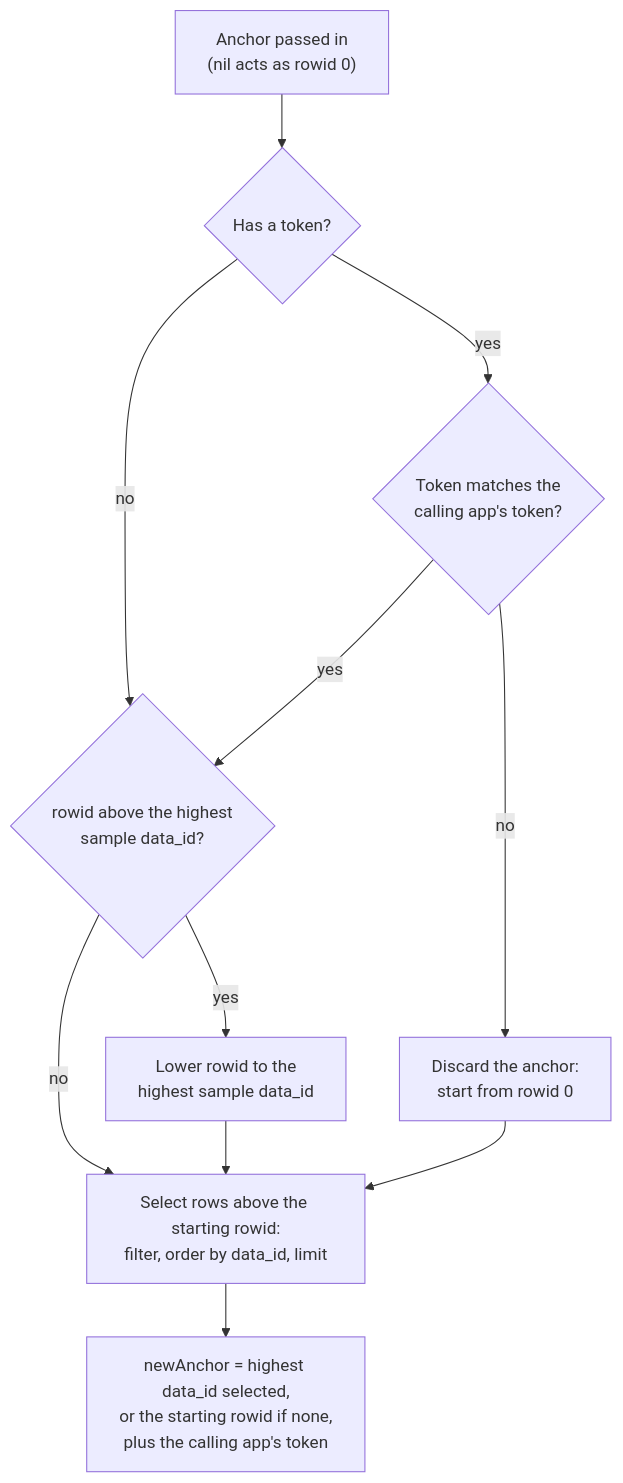
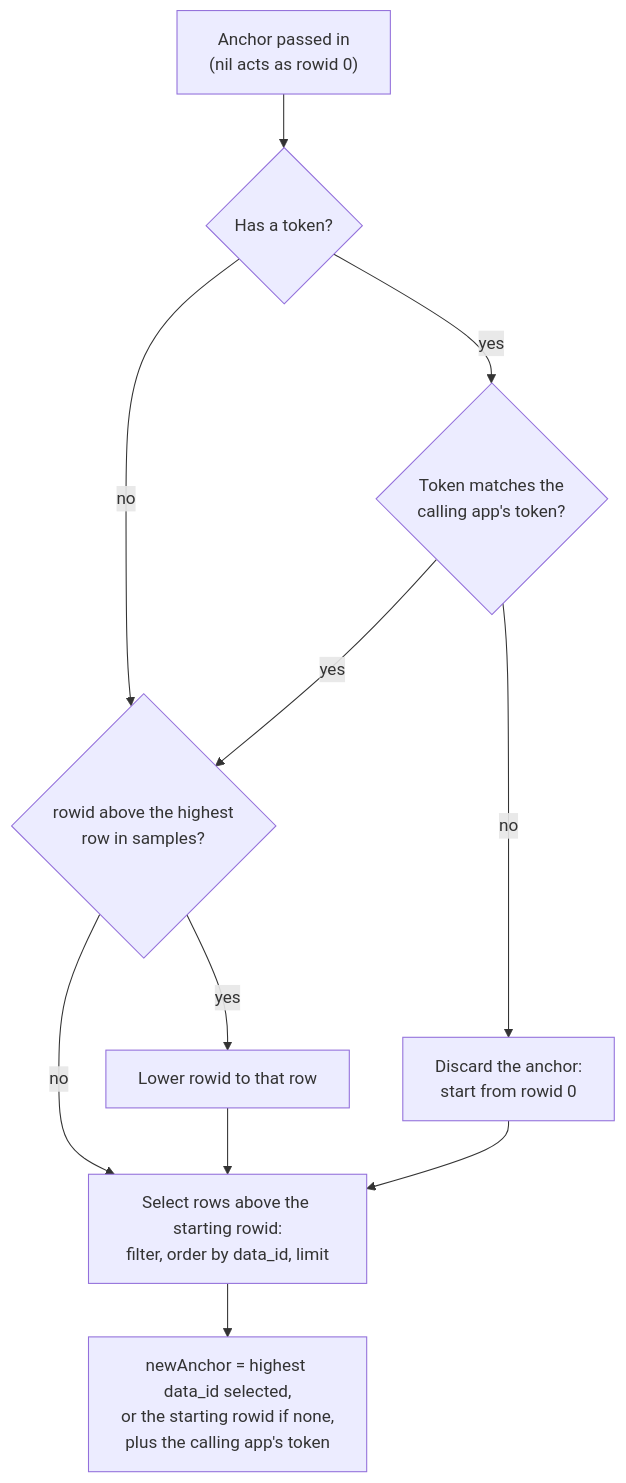
The second of 2 diagrams in skills/apple/healthkit-query-anchor/SKILL.md (itsramiel/Software-Engineering), drawn with Mermaid before and after one commit. The commit also changed other lines of this file, not shown here.

````diff
--- a/skills/apple/healthkit-query-anchor/SKILL.md
+++ b/skills/apple/healthkit-query-anchor/SKILL.md
@@ -334,13 +337,13 @@
 ```mermaid
 flowchart TD
     A["Anchor passed in<br/>(nil acts as rowid 0)"] --> B{"Has a token?"}
     B -- no --> D
     B -- yes --> C{"Token matches the<br/>calling app's token?"}
-    C -- yes --> D{"rowid above the highest<br/>sample data_id?"}
+    C -- yes --> D{"rowid above the highest<br/>row in samples?"}
     C -- no --> N["Discard the anchor:<br/>start from rowid 0"]
-    D -- yes --> E["Lower rowid to the<br/>highest sample data_id"]
+    D -- yes --> E["Lower rowid to that row"]
     D -- no --> F
     E --> F
     N --> F["Select rows above the starting rowid:<br/>filter, order by data_id, limit"]
     F --> G["newAnchor = highest data_id selected,<br/>or the starting rowid if none,<br/>plus the calling app's token"]
 ```
````
